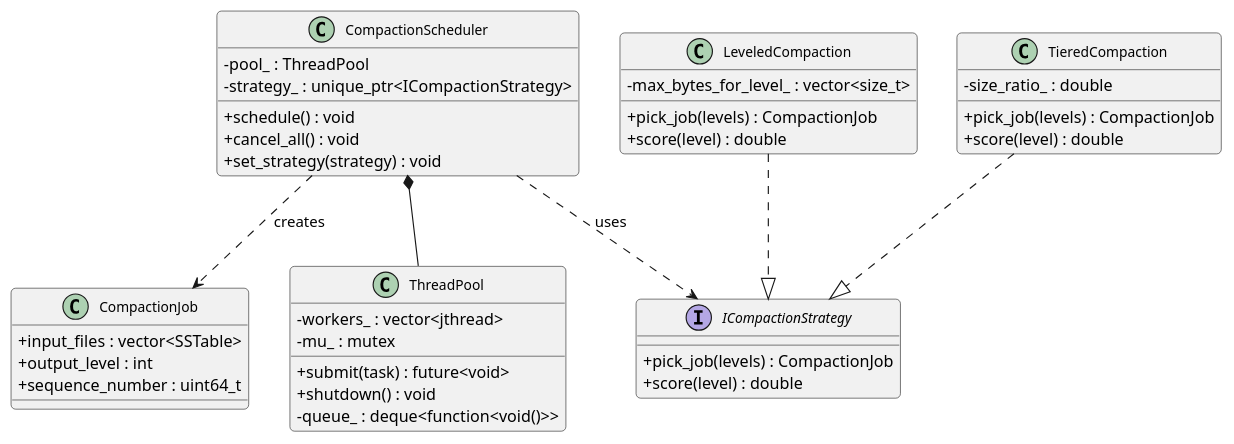
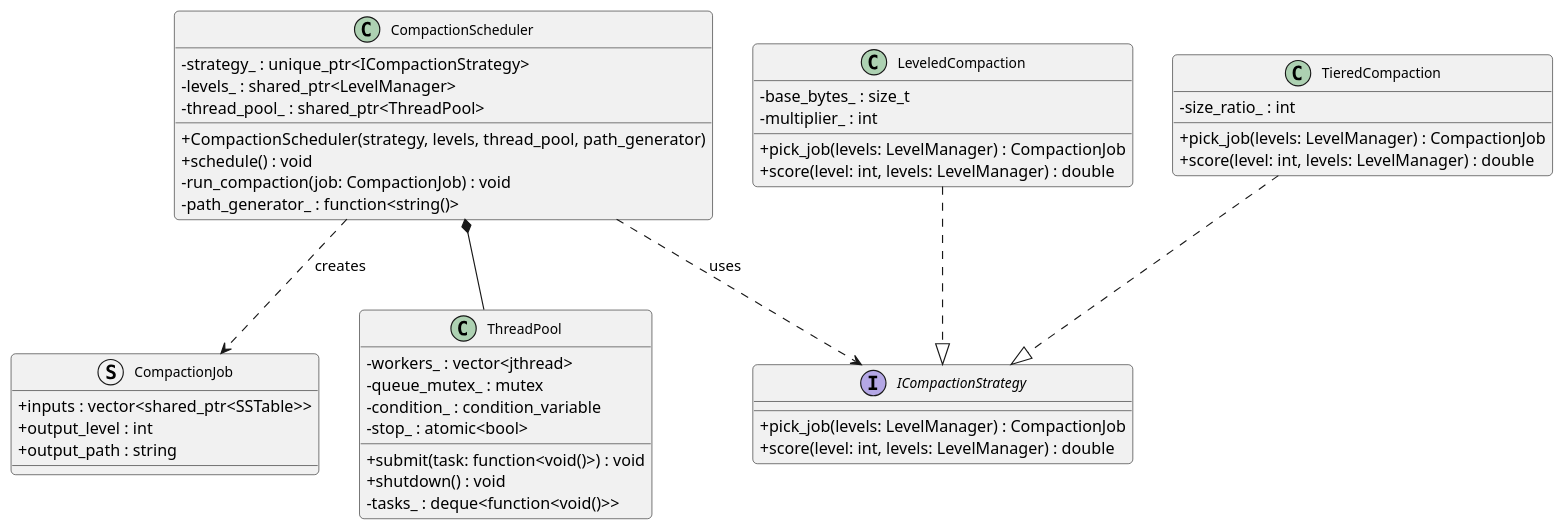
One commit to IulianBirladeanu07/lsm_tree changed the diagram in docs/lsm_03_compaction.puml. Above: the diagram before and after it, drawn with PlantUML. The commit also changed 3 other files, not shown here.

Commit message:
updated plantumls + the sw system arch + detail design

```diff
--- a/docs/lsm_03_compaction.puml
+++ b/docs/lsm_03_compaction.puml
@@ -1,52 +1,57 @@
 @startuml lsm_03_compaction
 skinparam classAttributeIconSize 0
 skinparam classFontSize 12
 skinparam roundCorner 8
 skinparam shadowing false
 
 class CompactionScheduler {
+  + CompactionScheduler(strategy, levels, thread_pool, path_generator)
   + schedule() : void
-  + cancel_all() : void
-  + set_strategy(strategy) : void
-  - pool_ : ThreadPool
+  - run_compaction(job: CompactionJob) : void
   - strategy_ : unique_ptr<ICompactionStrategy>
+  - levels_ : shared_ptr<LevelManager>
+  - thread_pool_ : shared_ptr<ThreadPool>
+  - path_generator_ : function<string()>
 }
 
 interface ICompactionStrategy {
-  + pick_job(levels) : CompactionJob
-  + score(level) : double
+  + pick_job(levels: LevelManager) : CompactionJob
+  + score(level: int, levels: LevelManager) : double
 }
 
 class LeveledCompaction {
-  + pick_job(levels) : CompactionJob
-  + score(level) : double
-  - max_bytes_for_level_ : vector<size_t>
+  + pick_job(levels: LevelManager) : CompactionJob
+  + score(level: int, levels: LevelManager) : double
+  - base_bytes_ : size_t
+  - multiplier_ : int
 }
 
 class TieredCompaction {
-  + pick_job(levels) : CompactionJob
-  + score(level) : double
-  - size_ratio_ : double
+  + pick_job(levels: LevelManager) : CompactionJob
+  + score(level: int, levels: LevelManager) : double
+  - size_ratio_ : int
 }
 
-class CompactionJob {
-  + input_files : vector<SSTable>
+struct CompactionJob {
+  + inputs : vector<shared_ptr<SSTable>>
   + output_level : int
-  + sequence_number : uint64_t
+  + output_path : string
 }
 
 class ThreadPool {
-  + submit(task) : future<void>
+  + submit(task: function<void()>) : void
   + shutdown() : void
   - workers_ : vector<jthread>
-  - queue_ : deque<function<void()>>
-  - mu_ : mutex
+  - tasks_ : deque<function<void()>>
+  - queue_mutex_ : mutex
+  - condition_ : condition_variable
+  - stop_ : atomic<bool>
 }
 
 CompactionScheduler *-- ThreadPool
 CompactionScheduler ..> ICompactionStrategy : uses
 CompactionScheduler ..> CompactionJob : creates
 LeveledCompaction ..|> ICompactionStrategy
 TieredCompaction  ..|> ICompactionStrategy
 
 @enduml
```
